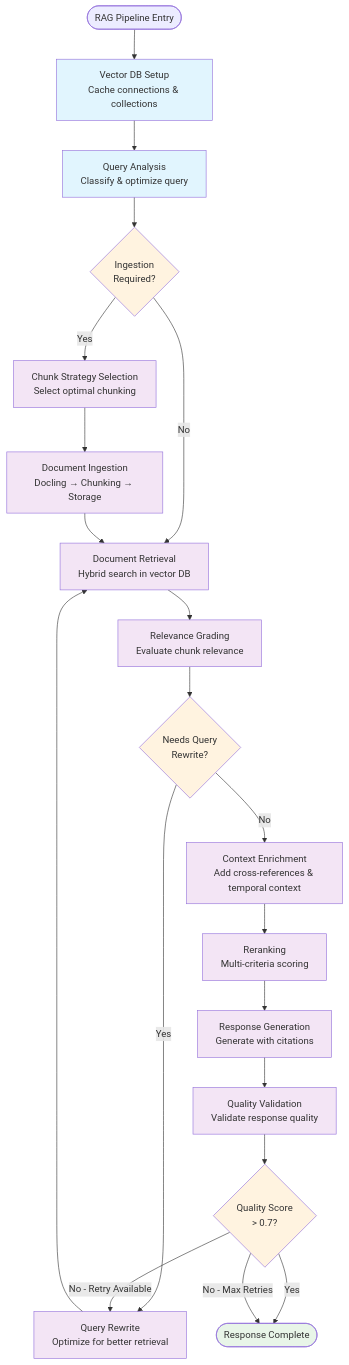
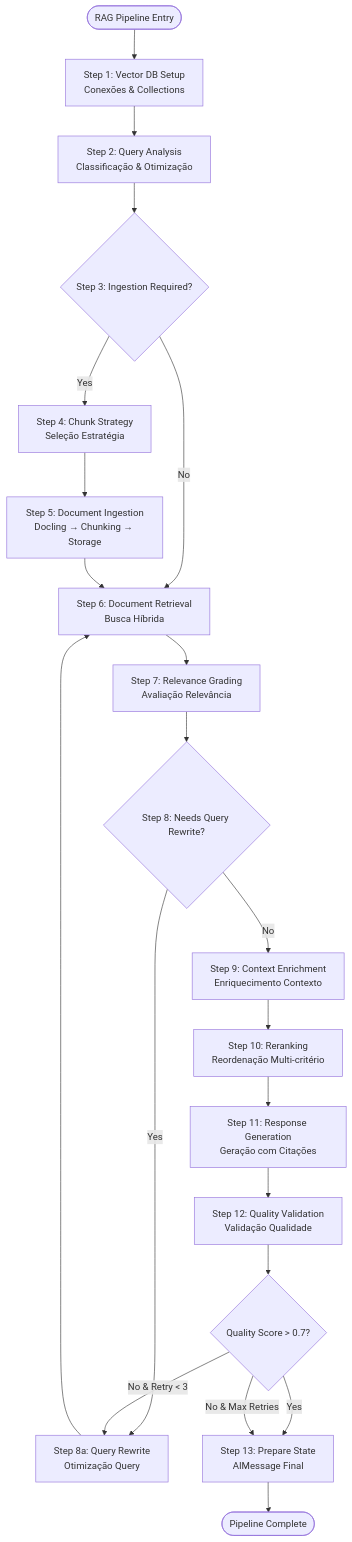
Before and after one commit to jgabriellima/coagent01-graph: the fifth of 18 diagrams in docs/tce_swarm/ARCHITECTURE_COMPLETE.md, drawn with Mermaid. The commit also changed other lines of this file and 13 other files, not shown here.

First line of the commit message:
feat: Update TCE-PA architecture and documentation

````diff
--- a/docs/tce_swarm/ARCHITECTURE_COMPLETE.md
+++ b/docs/tce_swarm/ARCHITECTURE_COMPLETE.md
@@ -301,45 +596,38 @@
 ```mermaid
 flowchart TD
-    START([RAG Pipeline Entry]) --> VECTOR_DB[Vector DB Setup<br/>Cache connections & collections]
+    START(["RAG Pipeline Entry"]) --> VECTOR_DB["Step 1: Vector DB Setup<br>Conexões & Collections"]
     
-    VECTOR_DB --> QUERY_ANALYSIS[Query Analysis<br/>Classify & optimize query]
+    VECTOR_DB --> QUERY_ANALYSIS["Step 2: Query Analysis<br>Classificação & Otimização"]
     
-    QUERY_ANALYSIS --> INGESTION_CHECK{Ingestion<br/>Required?}
+    QUERY_ANALYSIS --> INGESTION_CHECK{"Step 3: Ingestion Required?"}
     
-    INGESTION_CHECK -->|Yes| CHUNK_STRATEGY[Chunk Strategy Selection<br/>Select optimal chunking]
-    INGESTION_CHECK -->|No| DOCUMENT_RETRIEVAL[Document Retrieval<br/>Hybrid search in vector DB]
+    INGESTION_CHECK -- "Yes" --> CHUNK_STRATEGY["Step 4: Chunk Strategy<br>Seleção Estratégia"]
+    INGESTION_CHECK -- "No" --> DOCUMENT_RETRIEVAL["Step 6: Document Retrieval<br>Busca Híbrida"]
     
-    CHUNK_STRATEGY --> DOCUMENT_INGESTION[Document Ingestion<br/>Docling → Chunking → Storage]
+    CHUNK_STRATEGY --> DOCUMENT_INGESTION["Step 5: Document Ingestion<br>Docling → Chunking → Storage"]
     DOCUMENT_INGESTION --> DOCUMENT_RETRIEVAL
     
-    DOCUMENT_RETRIEVAL --> RELEVANCE_GRADING[Relevance Grading<br/>Evaluate chunk relevance]
+    DOCUMENT_RETRIEVAL --> RELEVANCE_GRADING["Step 7: Relevance Grading<br>Avaliação Relevância"]
     
-    RELEVANCE_GRADING --> REWRITE_CHECK{Needs Query<br/>Rewrite?}
+    RELEVANCE_GRADING --> REWRITE_CHECK{"Step 8: Needs Query Rewrite?"}
     
-    REWRITE_CHECK -->|Yes| QUERY_REWRITE[Query Rewrite<br/>Optimize for better retrieval]
-    REWRITE_CHECK -->|No| CONTEXT_ENRICHMENT[Context Enrichment<br/>Add cross-references & temporal context]
+    REWRITE_CHECK -- "Yes" --> QUERY_REWRITE["Step 8a: Query Rewrite<br>Otimização Query"]
+    REWRITE_CHECK -- "No" --> CONTEXT_ENRICHMENT["Step 9: Context Enrichment<br>Enriquecimento Contexto"]
     
     QUERY_REWRITE --> DOCUMENT_RETRIEVAL
     
-    CONTEXT_ENRICHMENT --> RERANKING[Reranking<br/>Multi-criteria scoring]
+    CONTEXT_ENRICHMENT --> RERANKING["Step 10: Reranking<br>Reordenação Multi-critério"]
     
-    RERANKING --> RESPONSE_GENERATION[Response Generation<br/>Generate with citations]
+    RERANKING --> RESPONSE_GENERATION["Step 11: Response Generation<br>Geração com Citações"]
     
-    RESPONSE_GENERATION --> QUALITY_VALIDATION[Quality Validation<br/>Validate response quality]
+    RESPONSE_GENERATION --> QUALITY_VALIDATION["Step 12: Quality Validation<br>Validação Qualidade"]
     
-    QUALITY_VALIDATION --> QUALITY_CHECK{Quality Score<br/>> 0.7?}
+    QUALITY_VALIDATION --> QUALITY_CHECK{"Quality Score > 0.7?"}
     
-    QUALITY_CHECK -->|Yes| END([Response Complete])
-    QUALITY_CHECK -->|No - Retry Available| QUERY_REWRITE
-    QUALITY_CHECK -->|No - Max Retries| END
+    QUALITY_CHECK -- "Yes" --> PREPARE_STATE["Step 13: Prepare State<br>AIMessage Final"]
+    QUALITY_CHECK -- "No & Retry < 3" --> QUERY_REWRITE
+    QUALITY_CHECK -- "No & Max Retries" --> PREPARE_STATE
     
-    classDef setupNode fill:#e1f5fe
-    classDef processNode fill:#f3e5f5
-    classDef decisionNode fill:#fff3e0
-    classDef completeNode fill:#e8f5e8
-    
-    class VECTOR_DB,QUERY_ANALYSIS setupNode
-    class CHUNK_STRATEGY,DOCUMENT_INGESTION,DOCUMENT_RETRIEVAL,RELEVANCE_GRADING,CONTEXT_ENRICHMENT,RERANKING,RESPONSE_GENERATION,QUALITY_VALIDATION,QUERY_REWRITE processNode
-    class INGESTION_CHECK,REWRITE_CHECK,QUALITY_CHECK decisionNode
-    class END completeNode
+    PREPARE_STATE --> END(["Pipeline Complete"])
+
 ```
````
